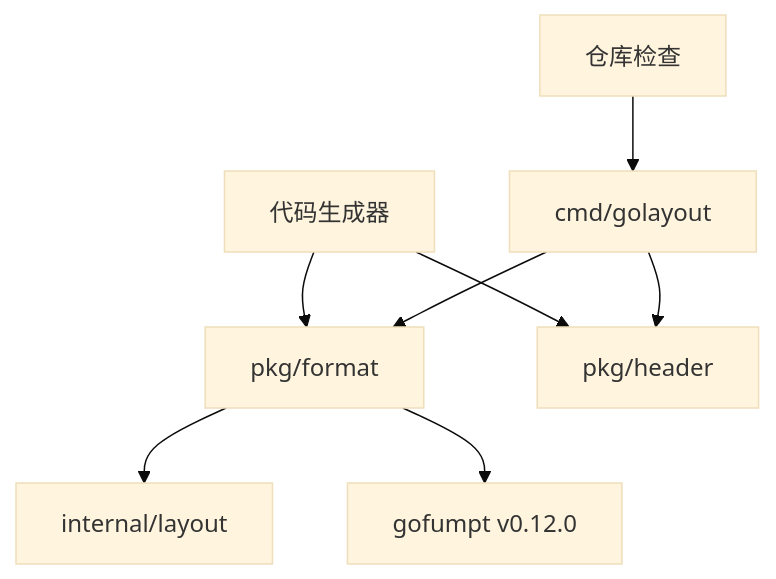
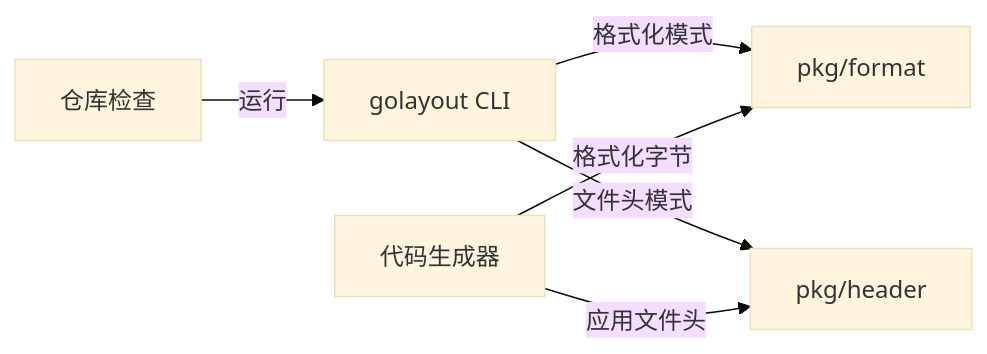
The diagram in README.zh_CN.md (longxi-go/golayout), drawn with Mermaid (base theme) before and after one commit. The commit also changed other lines of this file and 18 other files, not shown here.

````diff
--- a/README.zh_CN.md
+++ b/README.zh_CN.md
@@ -15,10 +11,8 @@
 ```mermaid
-flowchart TB
-    R["仓库检查"] --> C["cmd/golayout"]
-    G["代码生成器"] --> F["pkg/format"]
-    G --> H["pkg/header"]
-    C --> F
-    C --> H
-    F --> A["internal/layout"]
-    F --> U["gofumpt v0.12.0"]
+flowchart LR
+    R["仓库检查"] -->|运行| C["golayout CLI"]
+    C -->|格式化模式| F["pkg/format"]
+    C -->|文件头模式| H["pkg/header"]
+    G["代码生成器"] -->|格式化字节| F
+    G -->|应用文件头| H
 ```
````
